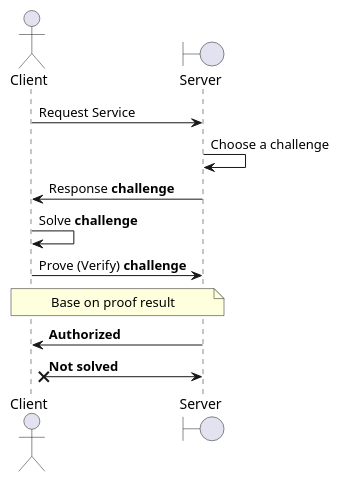
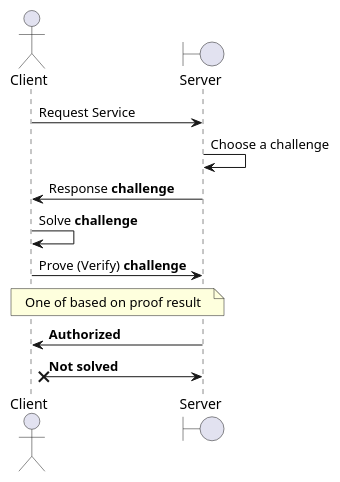
Before and after one commit to Montesk/proofofwork: the diagram in clientserver.puml, drawn with PlantUML. The commit also changed 4 other files, not shown here.

```diff
--- a/clientserver.puml
+++ b/clientserver.puml
@@ -1,18 +1,17 @@
 @startuml
 Actor Client
 Boundary Server
 
 Client -> Server : Request Service
 Server -> Server : Choose a challenge
 Server -> Client : Response **challenge**
 Client -> Client : Solve **challenge**
 Client -> Server : Prove (Verify) **challenge**
 
 note across
-Base on proof result
+One of based on proof result
 end note
-
 Client <- Server : **Authorized**
 Client x- Server : **Not solved**
 
 @enduml
```
